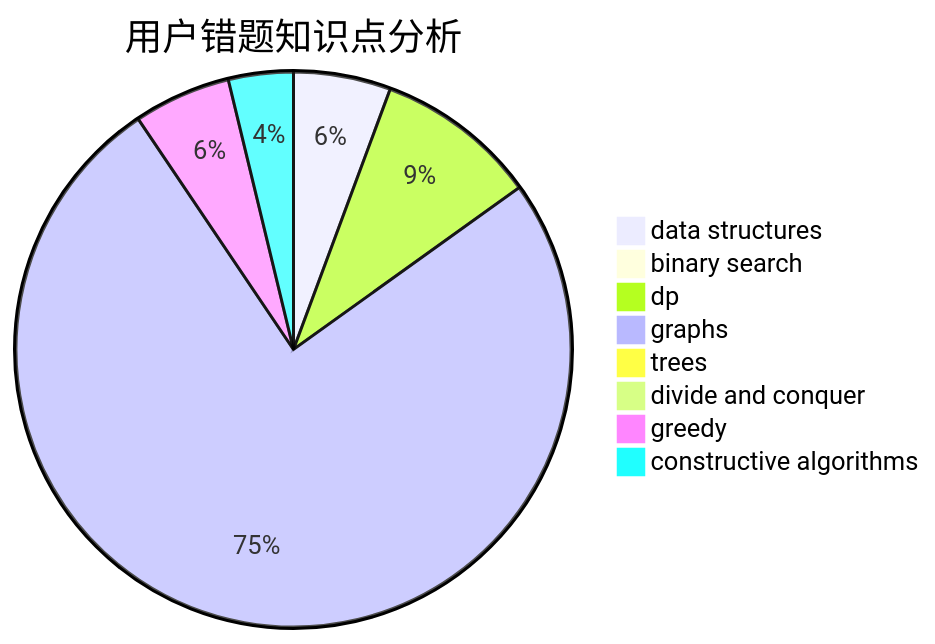
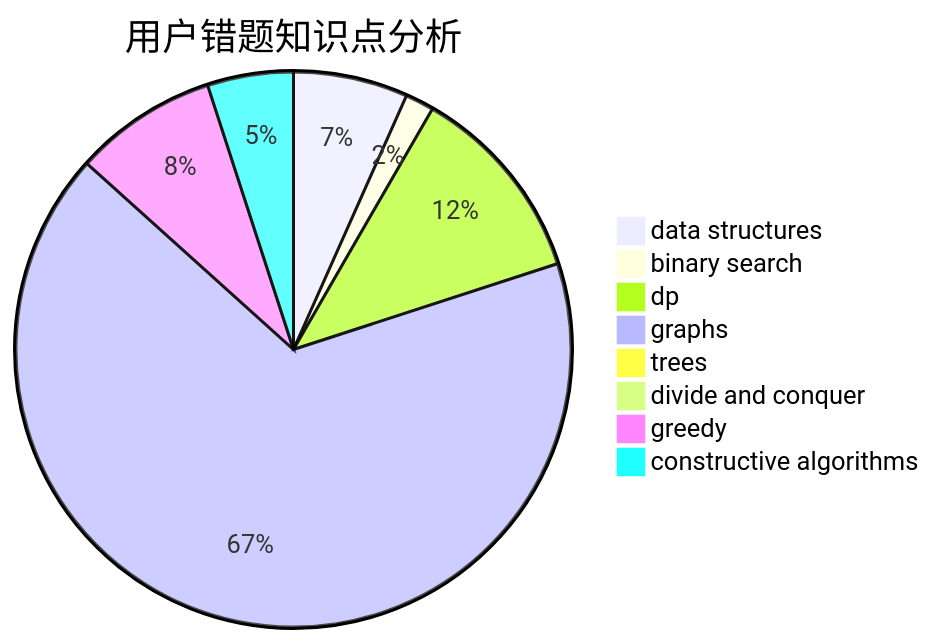
One commit to sherpahu/cfrs.github.io changed the third of 3 diagrams in docs/user/u461.md. Above: the diagram before and after it, drawn with Mermaid. The commit also changed other lines of this file and 2770 other files, not shown here.

````diff
--- a/docs/user/u461.md
+++ b/docs/user/u461.md
@@ -36,11 +36,11 @@
 ```mermaid
 pie title 用户错题知识点分析
-    "data structures" :  3
-    "binary search" :  0
-    "dp" :  5
+    "data structures" :  4
+    "binary search" :  1
+    "dp" :  7
     "graphs" :  40
     "trees" :  0
     "divide and conquer" :  0
-    "greedy" :  3
-    "constructive algorithms" :  2
+    "greedy" :  5
+    "constructive algorithms" :  3
 ```
````
